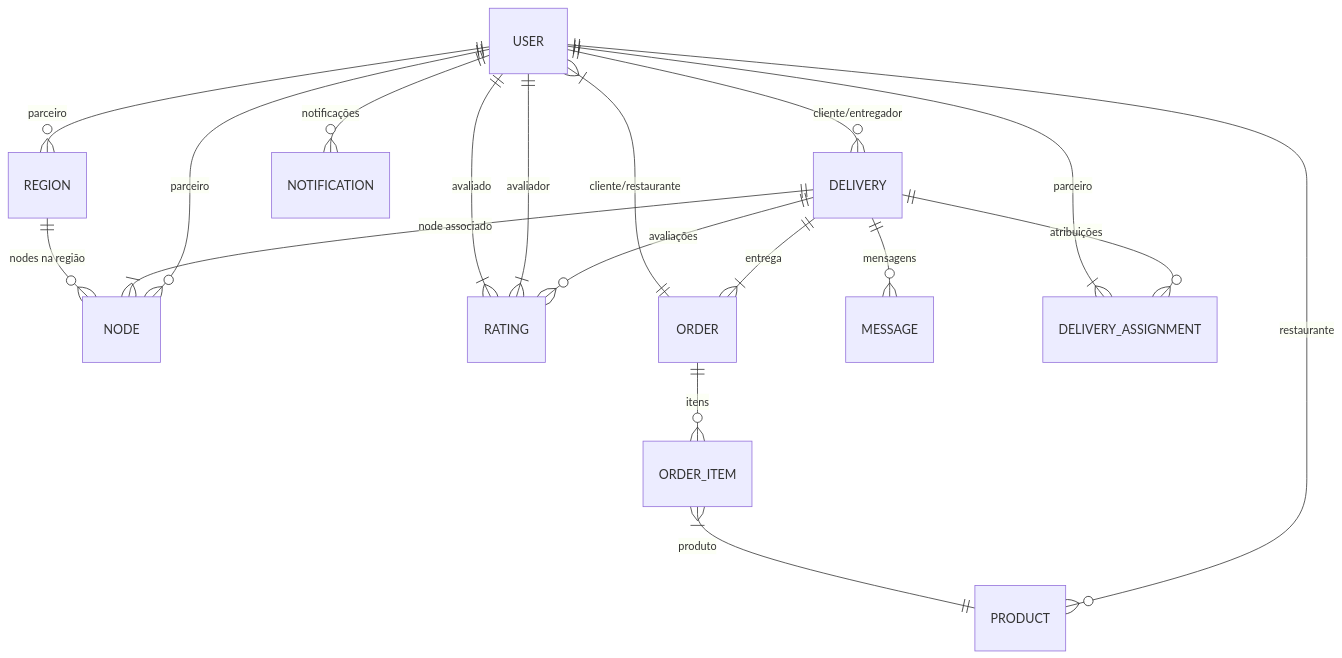
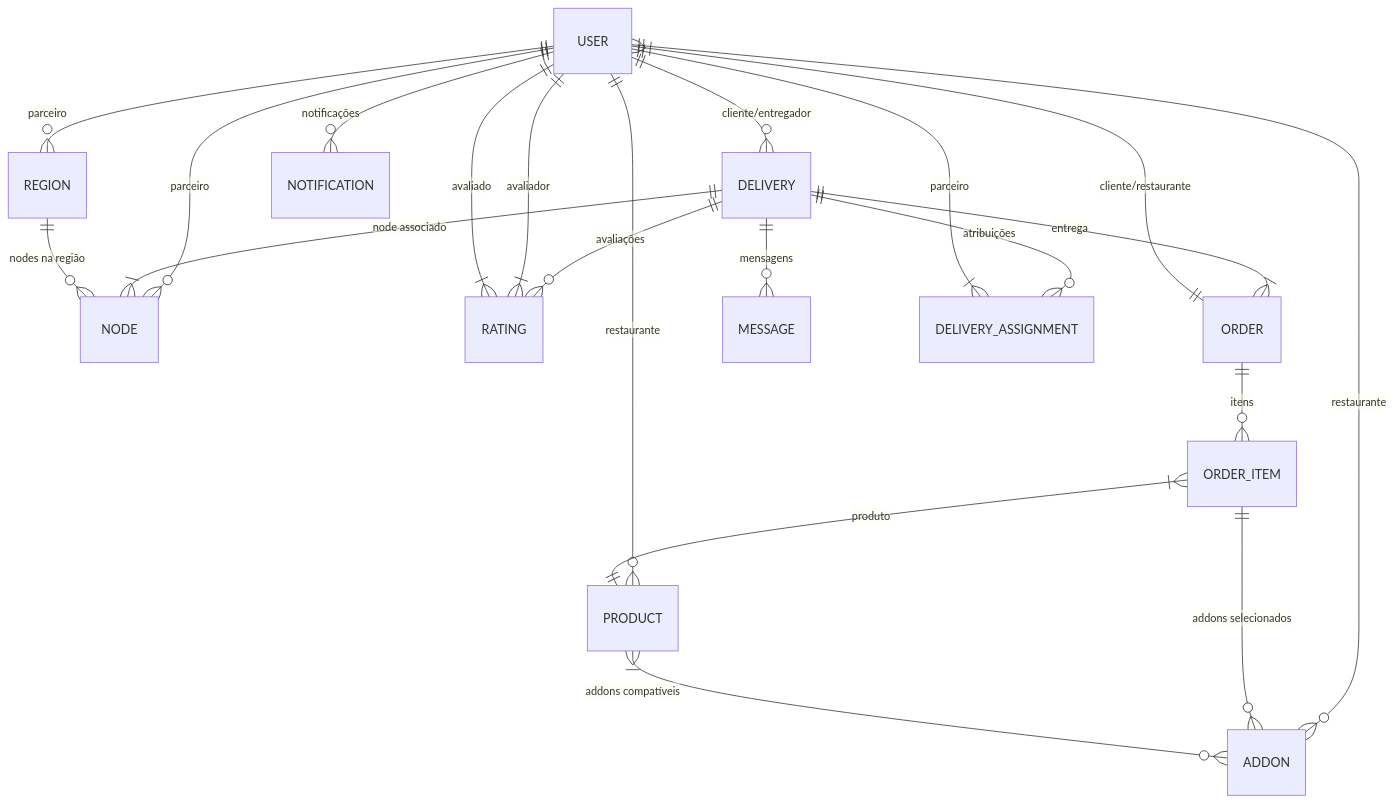
The diagram in docs/02-modelos.md (nishino-ltda/todoke), drawn with Mermaid before and after one commit. The commit also changed other lines of this file and 17 other files, not shown here.

Commit message:
Add Addon management functionality; create Addon model, migrations, and API routes; update Product and OrderItem models to support addons

````diff
--- a/docs/02-modelos.md
+++ b/docs/02-modelos.md
@@ -11,20 +11,23 @@
 ```mermaid
 erDiagram
     USER ||--o{ DELIVERY : "cliente/entregador"
     USER ||--o{ NODE : "parceiro"
     USER ||--o{ REGION : "parceiro"
     USER ||--o{ PRODUCT : "restaurante"
+    USER ||--o{ ADDON : "restaurante"
     USER ||--o{ NOTIFICATION : "notificações"
     DELIVERY ||--o{ RATING : "avaliações"
     RATING }|--|| USER : "avaliador"
     RATING }|--|| USER : "avaliado"
     DELIVERY ||--|{ NODE : "node associado"
     DELIVERY ||--|{ ORDER : "entrega"
     DELIVERY ||--o{ MESSAGE : "mensagens"
     DELIVERY ||--o{ DELIVERY_ASSIGNMENT : "atribuições"
     REGION ||--o{ NODE : "nodes na região"
     ORDER ||--o{ ORDER_ITEM : "itens"
     ORDER_ITEM }|--|| PRODUCT : "produto"
+    ORDER_ITEM ||--o{ ADDON : "addons selecionados"
+    PRODUCT }|--o{ ADDON : "addons compatíveis"
     ORDER ||--|{ USER : "cliente/restaurante"
     DELIVERY_ASSIGNMENT }|--|| USER : "parceiro"
 ```
````
